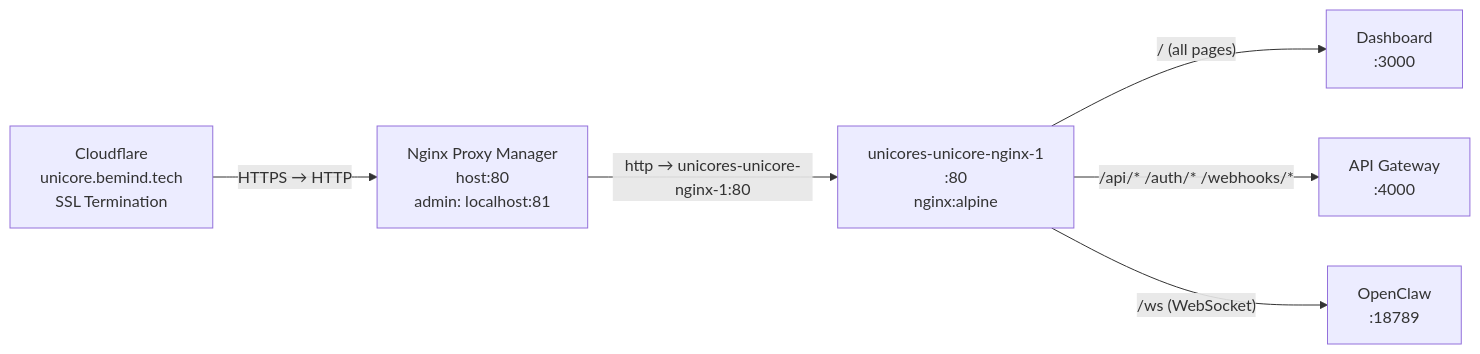
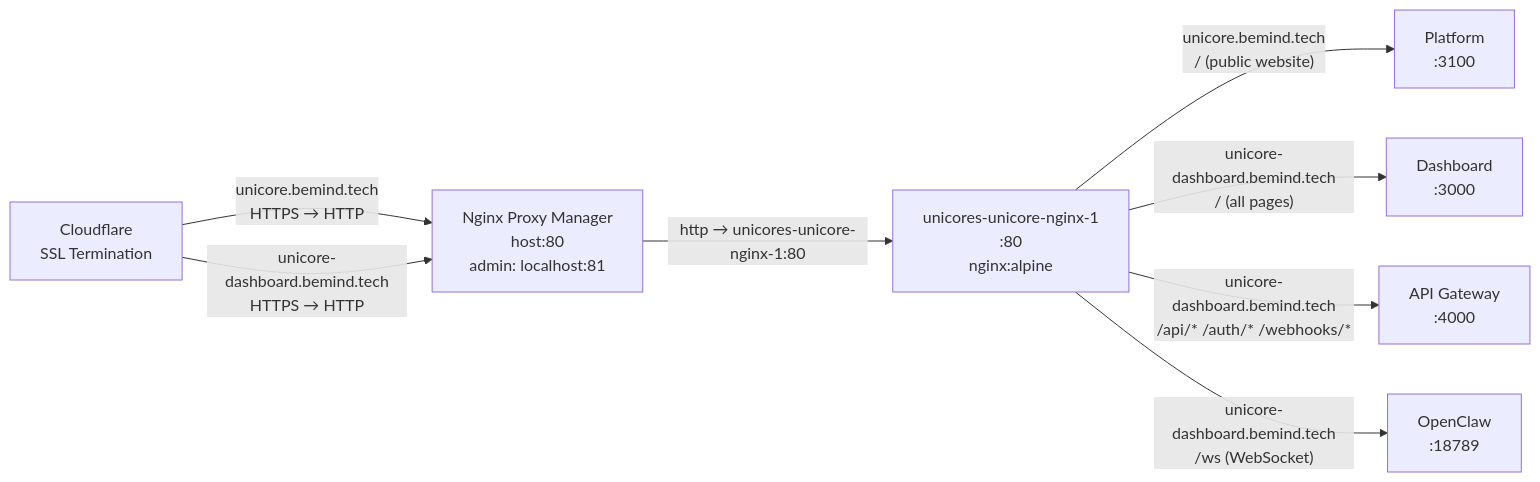
Before and after one commit to bemindlabs/unicore-ecosystem-docs: the first of 2 diagrams in architecture/networking.md, drawn with Mermaid. The commit also changed other lines of this file and 3 other files, not shown here.

First line of the commit message:
docs: update architecture for 19 services, split domains, and new repos

````diff
--- a/architecture/networking.md
+++ b/architecture/networking.md
@@ -5,15 +5,18 @@
 ```mermaid
 graph LR
-  CF["Cloudflare<br/>unicore.bemind.tech<br/>SSL Termination"]
+  CF["Cloudflare<br/>SSL Termination"]
   NPM["Nginx Proxy Manager<br/>host:80<br/>admin: localhost:81"]
   NGX["unicores-unicore-nginx-1<br/>:80<br/>nginx:alpine"]
+  PLAT["Platform<br/>:3100"]
   DASH["Dashboard<br/>:3000"]
   GW["API Gateway<br/>:4000"]
   OC["OpenClaw<br/>:18789"]
 
-  CF -->|"HTTPS → HTTP"| NPM
+  CF -->|"unicore.bemind.tech<br/>HTTPS → HTTP"| NPM
+  CF -->|"unicore-dashboard.bemind.tech<br/>HTTPS → HTTP"| NPM
   NPM -->|"http → unicores-unicore-nginx-1:80"| NGX
-  NGX -->|"/ (all pages)"| DASH
-  NGX -->|"/api/* /auth/* /webhooks/*"| GW
-  NGX -->|"/ws (WebSocket)"| OC
+  NGX -->|"unicore.bemind.tech<br/>/ (public website)"| PLAT
+  NGX -->|"unicore-dashboard.bemind.tech<br/>/ (all pages)"| DASH
+  NGX -->|"unicore-dashboard.bemind.tech<br/>/api/* /auth/* /webhooks/*"| GW
+  NGX -->|"unicore-dashboard.bemind.tech<br/>/ws (WebSocket)"| OC
 ```
````
